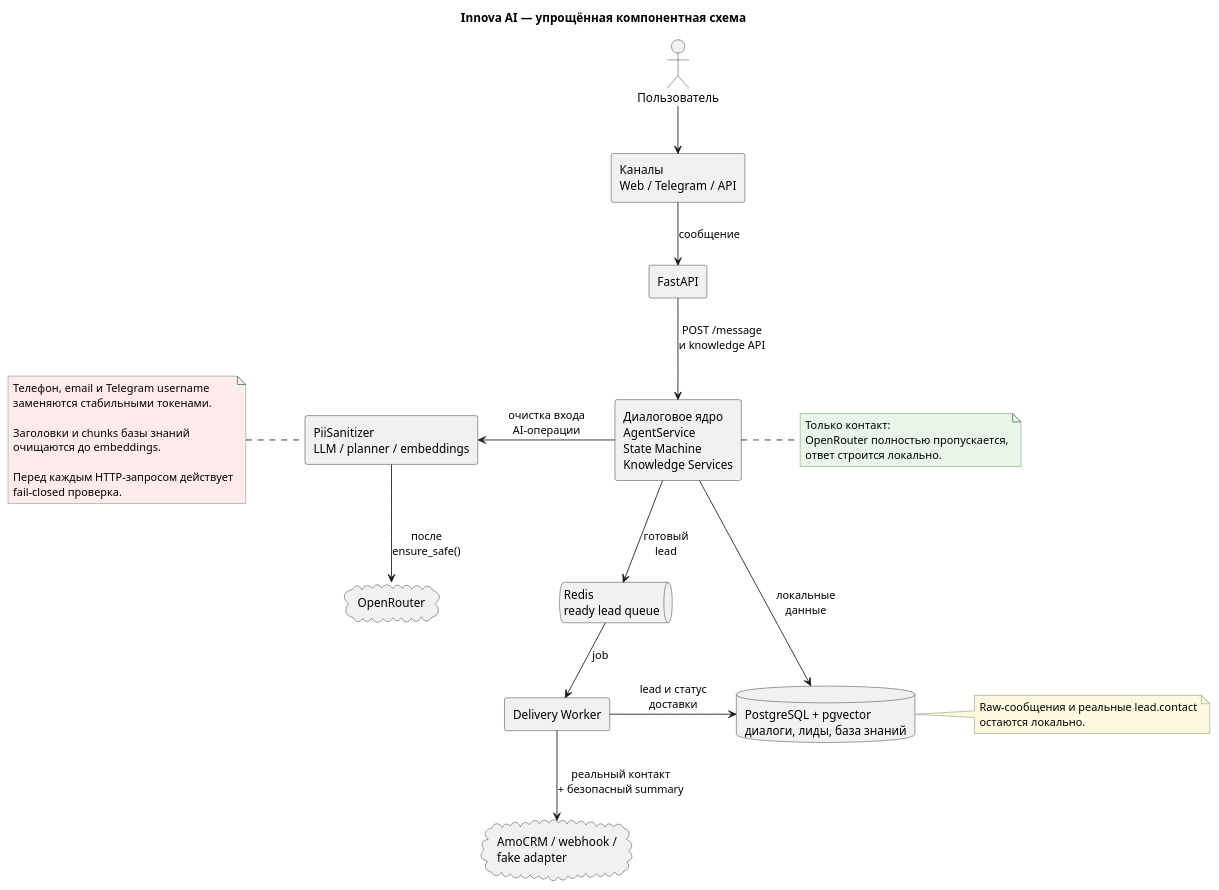
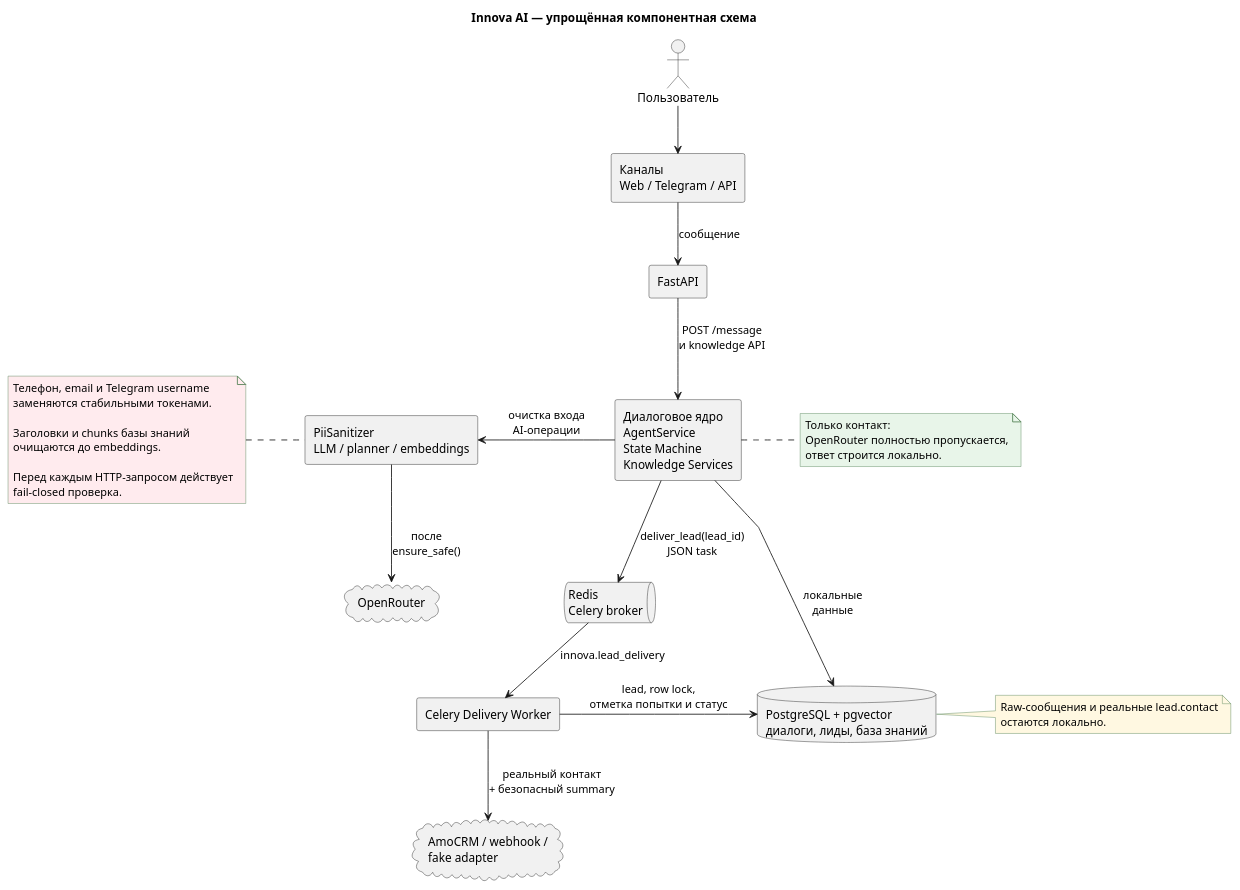
One commit to KNG-Labs/innova-ai changed the diagram in docs/diagrams/current/Components.puml. Above: the diagram before and after it, drawn with PlantUML. The commit also changed 20 other files, not shown here.

```diff
--- a/docs/diagrams/current/Components.puml
+++ b/docs/diagrams/current/Components.puml
@@ -1,65 +1,65 @@
 @startuml Current_Components
 
 top to bottom direction
 skinparam componentStyle rectangle
 skinparam linetype polyline
 skinparam shadowing false
 skinparam noteBackgroundColor #E8F5E9
 skinparam noteBorderColor #4F7F52
 skinparam nodesep 70
 skinparam ranksep 55
 
 title Innova AI — упрощённая компонентная схема
 
 actor "Пользователь" as User
 component "Каналы\nWeb / Telegram / API" as Channels
 component "FastAPI" as API
 
 component "Диалоговое ядро\nAgentService\nState Machine\nKnowledge Services" as Core
 
 component "PiiSanitizer\nLLM / planner / embeddings" as PrivacyAI
 
 database "PostgreSQL + pgvector\nдиалоги, лиды, база знаний" as PostgreSQL
 cloud "OpenRouter" as OpenRouter
 
-queue "Redis\nready lead queue" as Redis
-component "Delivery Worker" as Delivery
+queue "Redis\nCelery broker" as Redis
+component "Celery Delivery Worker" as Delivery
 cloud "AmoCRM / webhook /\nfake adapter" as CRM
 
 User -down-> Channels
 Channels -down-> API : сообщение
 API -down-> Core : POST /message\nи knowledge API
 
 Core -left-> PrivacyAI : очистка входа\nAI-операции
 PrivacyAI -down-> OpenRouter : после\nensure_safe()
 
 Core -right-> PostgreSQL : локальные\nданные
 
-Core -down-> Redis : готовый\nlead
-Redis -down-> Delivery : job
+Core -down-> Redis : deliver_lead(lead_id)\nJSON task
+Redis -down-> Delivery : innova.lead_delivery
 Delivery -down-> CRM : реальный контакт\n+ безопасный summary
-Delivery -right-> PostgreSQL : lead и статус\nдоставки
+Delivery -right-> PostgreSQL : lead, row lock,\nотметка попытки и статус
 
 note left of PrivacyAI #FFEBEE
   Телефон, email и Telegram username
   заменяются стабильными токенами.
 
   Заголовки и chunks базы знаний
   очищаются до embeddings.
 
   Перед каждым HTTP-запросом действует
   fail-closed проверка.
 end note
 
 note right of Core
   Только контакт:
   OpenRouter полностью пропускается,
   ответ строится локально.
 end note
 
 note right of PostgreSQL #FFF8E1
   Raw-сообщения и реальные lead.contact
   остаются локально.
 end note
 
 @enduml
```
